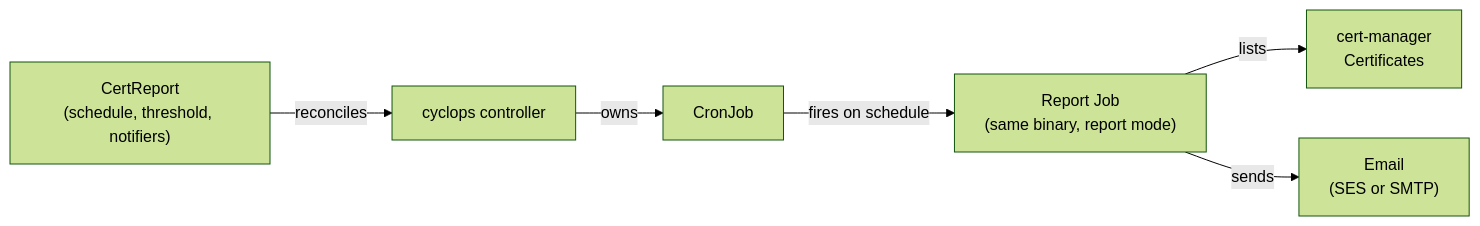
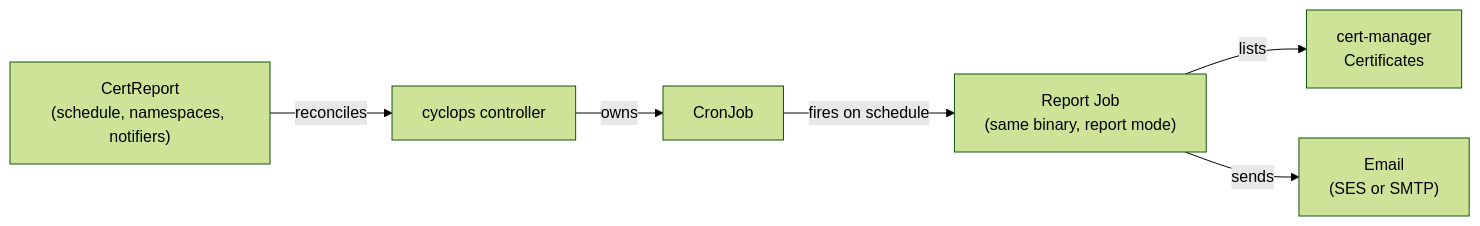
Before and after one commit to sakshitposting-irl/cyclops: the diagram in README.md, drawn with Mermaid (forest theme). The commit also changed other lines of this file and 12 other files, not shown here.

First line of the commit message:
Enhance documentation and code for cyclops controller

````diff
--- a/README.md
+++ b/README.md
@@ -16,8 +16,8 @@
 ```mermaid
 flowchart LR
-    CR["CertReport<br/>(schedule, threshold, notifiers)"] -->|reconciles| CTRL[cyclops controller]
+    CR["CertReport<br/>(schedule, namespaces, notifiers)"] -->|reconciles| CTRL[cyclops controller]
     CTRL -->|owns| CJ[CronJob]
     CJ -->|fires on schedule| JOB["Report Job<br/>(same binary, report mode)"]
     JOB -->|lists| CM["cert-manager<br/>Certificates"]
     JOB -->|sends| MAIL["Email<br/>(SES or SMTP)"]
 ```
````
